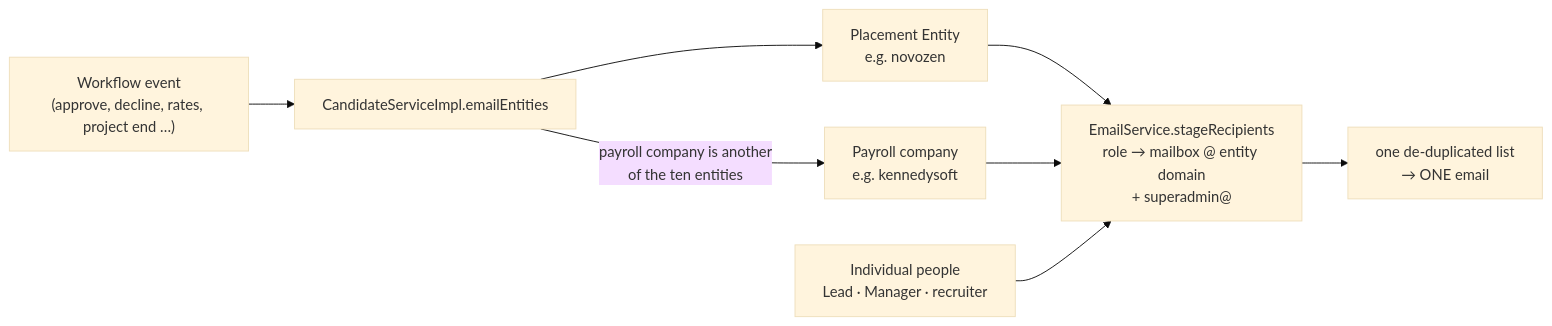
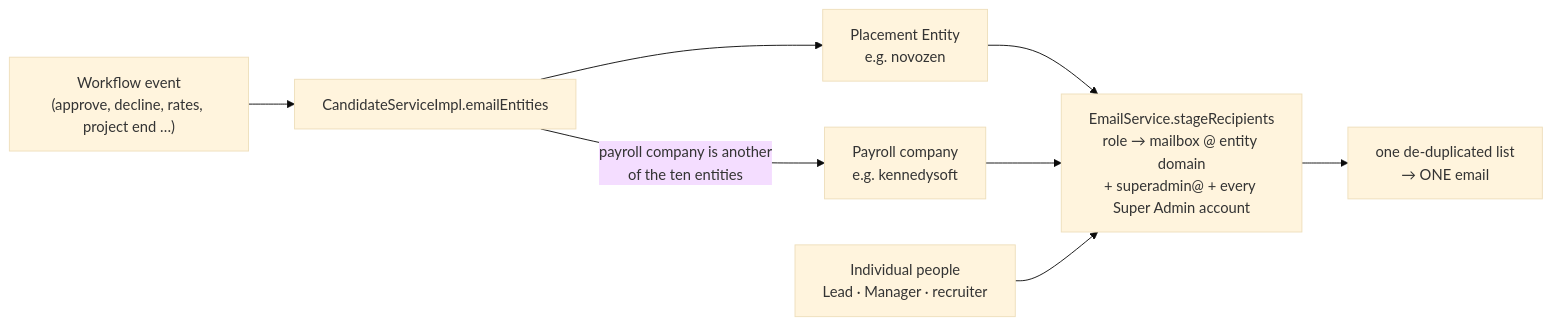
One commit to Yatish-7/Candidate-OnBoarding-Portal changed the ninth of 10 diagrams in OneIntellectt/docs/ARCHITECTURE.md. Above: the diagram before and after it, drawn with Mermaid (base theme). The commit also changed 11 other files, not shown here.

````diff
--- a/OneIntellectt/docs/ARCHITECTURE.md
+++ b/OneIntellectt/docs/ARCHITECTURE.md
@@ -264,10 +264,10 @@
 ```mermaid
 flowchart LR
     EV["Workflow event<br/>(approve, decline, rates, project end …)"] --> CS["CandidateServiceImpl.emailEntities"]
     CS --> E1["Placement Entity<br/>e.g. novozen"]
     CS -- "payroll company is another<br/>of the ten entities" --> E2["Payroll company<br/>e.g. kennedysoft"]
-    E1 --> R["EmailService.stageRecipients<br/>role → mailbox @ entity domain<br/>+ superadmin@"]
+    E1 --> R["EmailService.stageRecipients<br/>role → mailbox @ entity domain<br/>+ superadmin@ + every Super Admin account"]
     E2 --> R
     PEOPLE["Individual people<br/>Lead · Manager · recruiter"] --> R
     R --> U["one de-duplicated list<br/>→ ONE email"]
 ```
````
